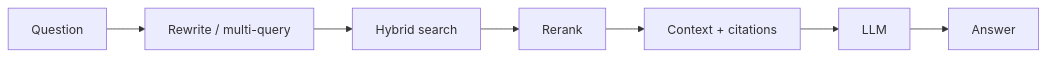
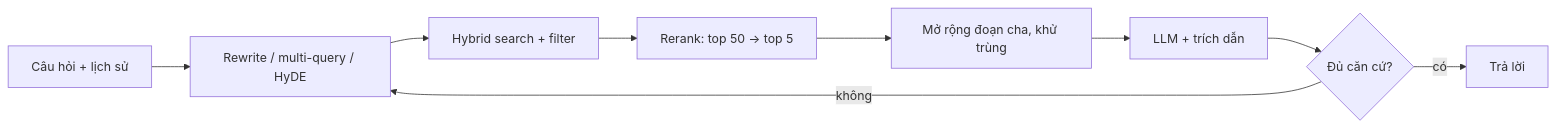
The diagram in src/assets/knowledge/playbooks/ai-engineering/advanced-rag-patterns.md (passion-Infinity/personal-tech-playbook), drawn with Mermaid before and after one commit. The commit also changed other lines of this file and 5 other files, not shown here.

First line of the commit message:
Deep-dive rewrite: fine-tuning, build-an-agent, voice AI, advanced RAG, LLM app architecture (AI Engineering topic complete)

````diff
--- a/src/assets/knowledge/playbooks/ai-engineering/advanced-rag-patterns.md
+++ b/src/assets/knowledge/playbooks/ai-engineering/advanced-rag-patterns.md
@@ -18,5 +32,11 @@
 ```mermaid
 flowchart LR
-    Q[Question] --> RW["Rewrite / multi-query"] --> HS["Hybrid search"] --> RR[Rerank]
-    RR --> CTX["Context + citations"] --> LLM --> A[Answer]
+    Q["Câu hỏi + lịch sử"] --> RW["Rewrite / multi-query / HyDE"]
+    RW --> HS["Hybrid search + filter"]
+    HS --> RR["Rerank: top 50 → top 5"]
+    RR --> PD["Mở rộng đoạn cha, khử trùng"]
+    PD --> LLM["LLM + trích dẫn"]
+    LLM --> CHK{"Đủ căn cứ?"}
+    CHK -->|"không"| RW
+    CHK -->|"có"| A["Trả lời"]
 ```
````
